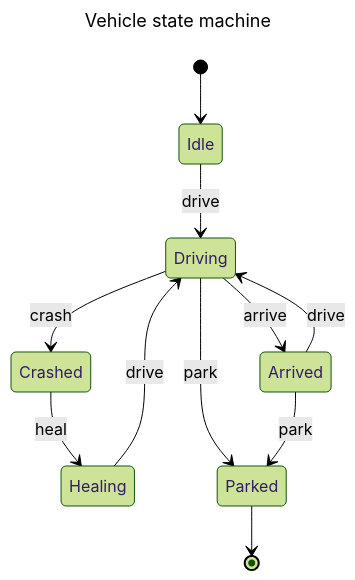
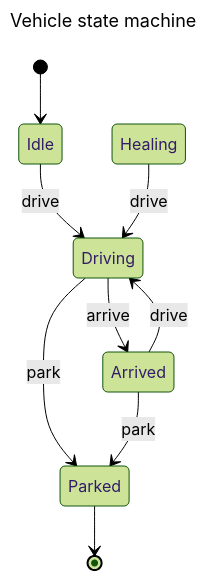
One commit to floriandejonckheere/abo-autonomic-systems-carla changed the diagram in ai/state_machine.md. Above: the diagram before and after it, drawn with Mermaid (forest theme). The commit also changed other lines of this file and 5 other files, not shown here.

````diff
--- a/ai/state_machine.md
+++ b/ai/state_machine.md
@@ -8,22 +8,24 @@
 ```mermaid
 ---
 title: Vehicle state machine
 ---
 stateDiagram-v2
     [*] --> Idle
 
     Idle --> Driving: drive
     Arrived --> Driving: drive
     Healing --> Driving: drive
 
     Driving --> Arrived: arrive
 
-    Driving --> Crashed: crash
+%%    Arrived --> Crashed: crash
+%%    Driving --> Crashed: crash
+%%    Idle --> Crashed: crash
 
-    Crashed --> Healing: heal
+%%    Crashed --> Healing: heal
 
     Driving --> Parked: park
     Arrived --> Parked: park
 
     Parked --> [*]
 ```
````
